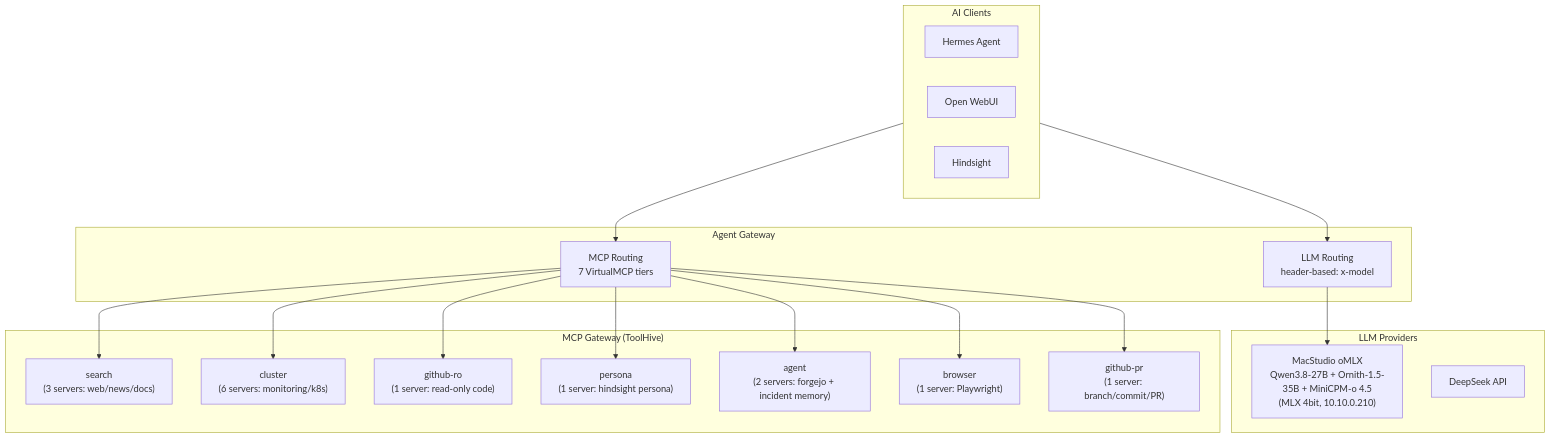
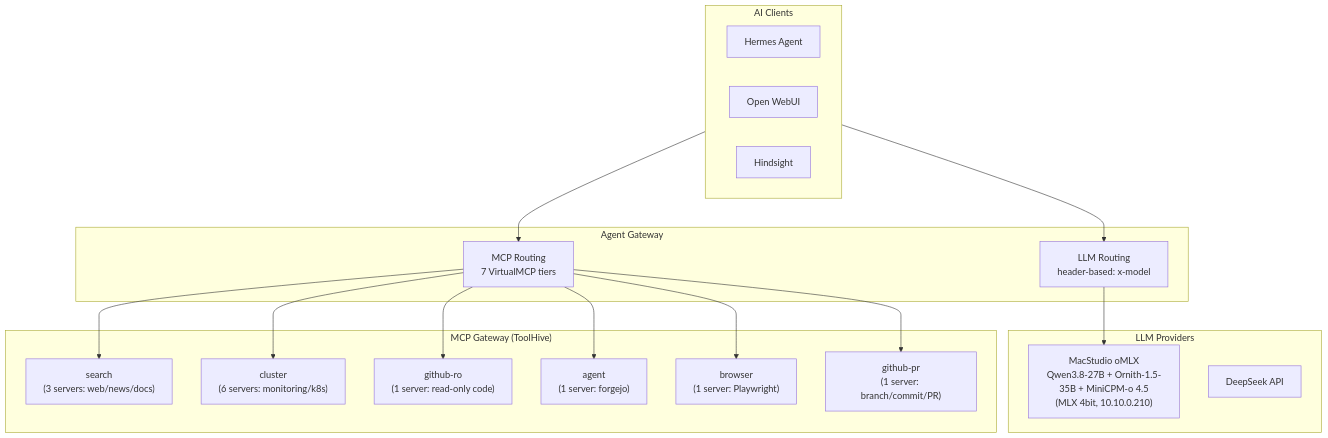
The diagram in docs/application/ai.md (soulwhisper/home-ops), drawn with Mermaid before and after one commit. The commit also changed other lines of this file and 24 other files, not shown here.

First line of the commit message:
refactor(hindsight): retire the MCP proxy tier

````diff
--- a/docs/application/ai.md
+++ b/docs/application/ai.md
@@ -8,40 +8,37 @@
 ```mermaid
 flowchart TB
     subgraph Clients["AI Clients"]
         Hermes["Hermes Agent"]
         OWUI["Open WebUI"]
         HS["Hindsight"]
     end
 
     subgraph Gateway["Agent Gateway"]
         AG-LLM["LLM Routing<br/>header-based: x-model"]
         AG-MCP["MCP Routing<br/>7 VirtualMCP tiers"]
     end
 
     subgraph LLM["LLM Providers"]
         Studio["MacStudio oMLX<br/>Qwen3.8-27B + Ornith-1.5-35B + MiniCPM-o 4.5<br/>(MLX 4bit, 10.10.0.210)"]
         External["DeepSeek API"]
     end
 
     subgraph MCP["MCP Gateway (ToolHive)"]
         VMCP-SEARCH["search<br/>(3 servers: web/news/docs)"]
         VMCP-CLUSTER["cluster<br/>(6 servers: monitoring/k8s)"]
         VMCP-GITHUBRO["github-ro<br/>(1 server: read-only code)"]
-        VMCP-HOME["persona<br/>(1 server: hindsight persona)"]
-
-        VMCP-AGENT["agent<br/>(2 servers: forgejo + incident memory)"]
+        VMCP-AGENT["agent<br/>(1 server: forgejo)"]
         VMCP-BROWSER["browser<br/>(1 server: Playwright)"]
         VMCP-GITHUBPR["github-pr<br/>(1 server: branch/commit/PR)"]
     end
 
     Clients --> AG-LLM
     Clients --> AG-MCP
     AG-LLM --> Studio
     AG-MCP --> VMCP-SEARCH
     AG-MCP --> VMCP-CLUSTER
     AG-MCP --> VMCP-GITHUBRO
-    AG-MCP --> VMCP-HOME
     AG-MCP --> VMCP-AGENT
     AG-MCP --> VMCP-BROWSER
     AG-MCP --> VMCP-GITHUBPR
 ```
````
